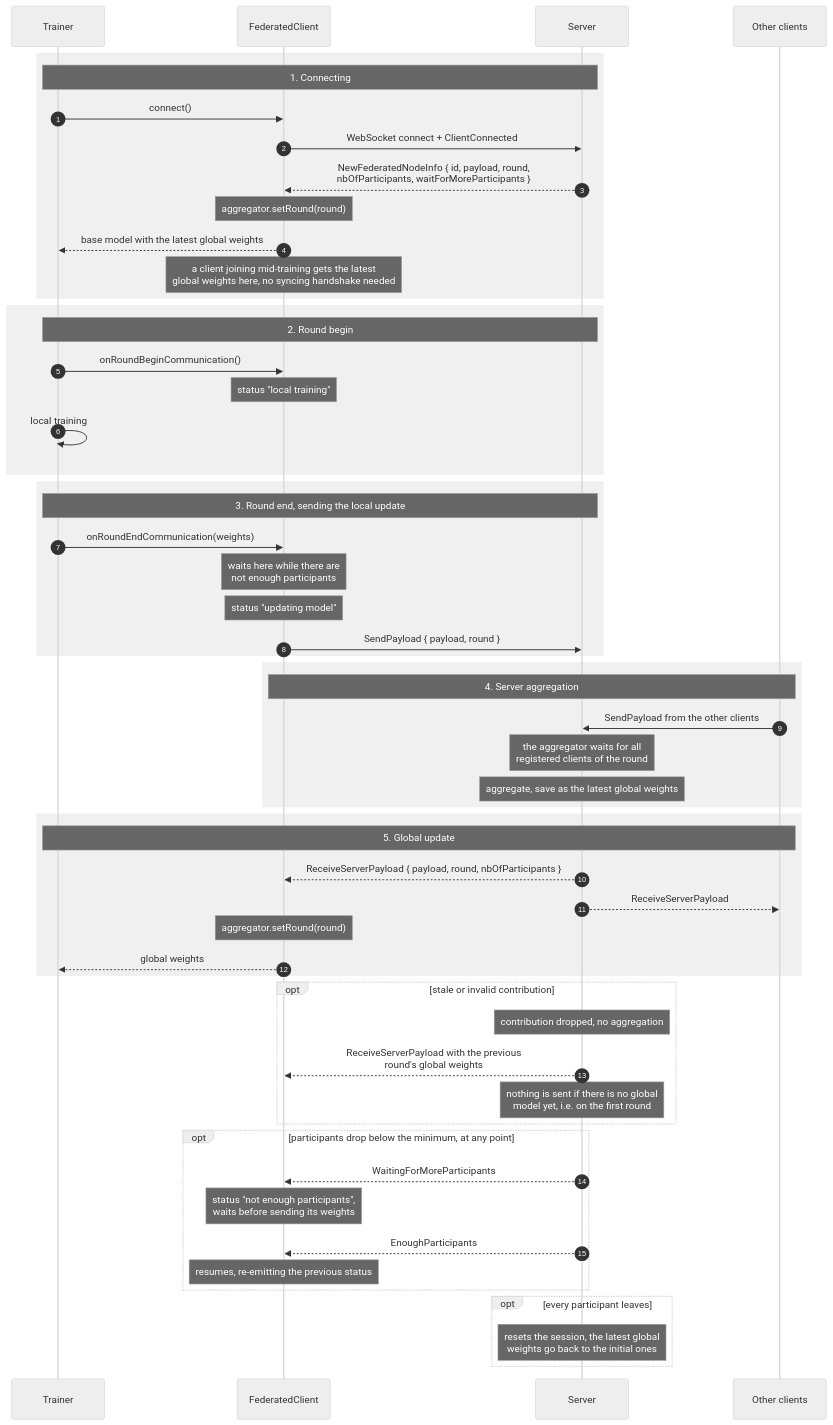
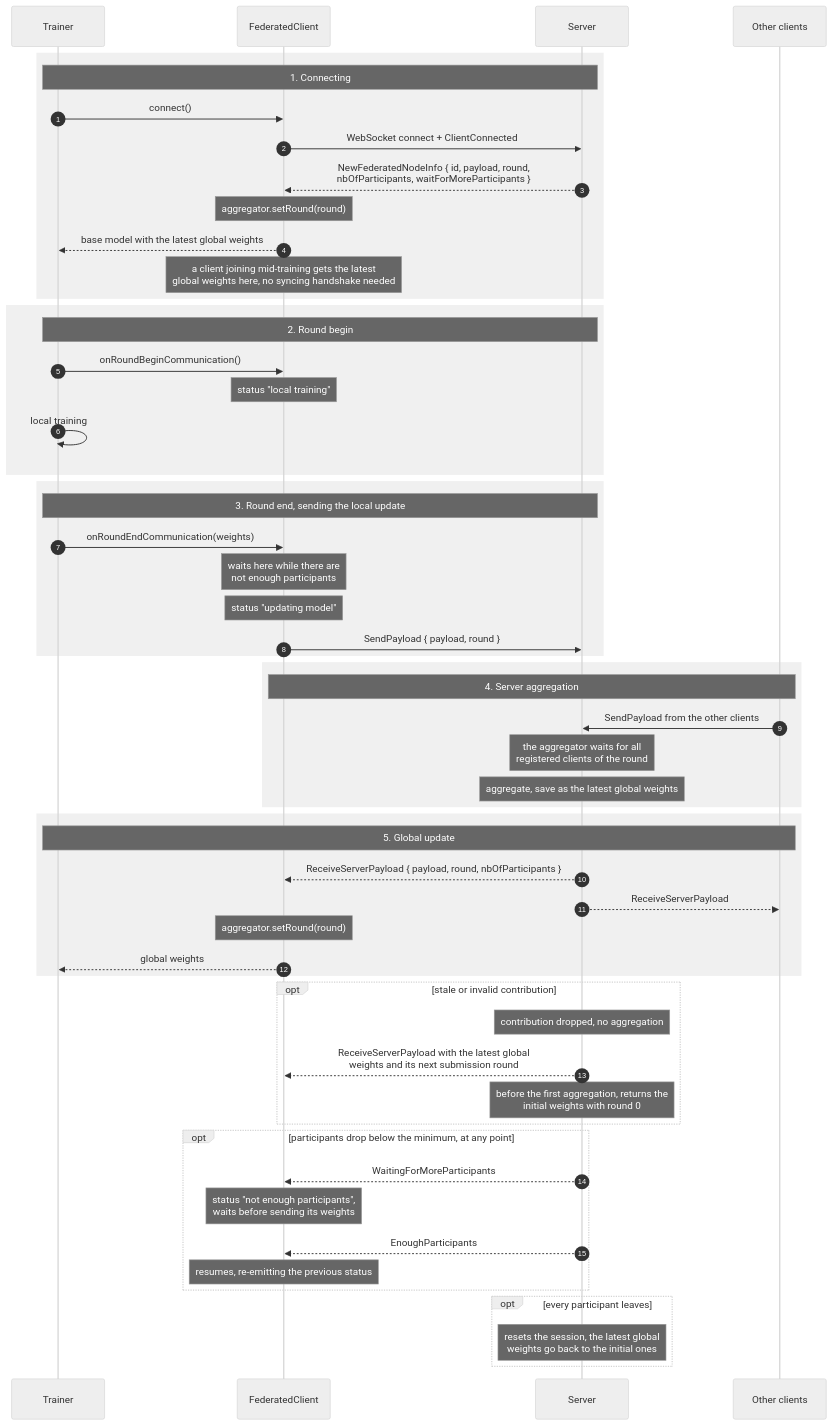
The diagram in docs/FEDERATED.md (epfml/disco), drawn with Mermaid (neutral theme) before and after one commit. The commit also changed other lines of this file and 1 other file, not shown here.

Commit message:
docs: define first-round federated recovery

````diff
--- a/docs/FEDERATED.md
+++ b/docs/FEDERATED.md
@@ -27,65 +29,65 @@
 ```mermaid
 sequenceDiagram
     autonumber
     participant T as Trainer
     participant C as FederatedClient
     participant S as Server
     participant O as Other clients
 
     rect rgb(240,240,240)
         Note over T,S: 1. Connecting
         T->>C: connect()
         C->>S: WebSocket connect + ClientConnected
         S-->>C: NewFederatedNodeInfo { id, payload, round,<br/>nbOfParticipants, waitForMoreParticipants }
         Note over C: aggregator.setRound(round)
         C-->>T: base model with the latest global weights
         Note over C: a client joining mid-training gets the latest<br/>global weights here, no syncing handshake needed
     end
 
     rect rgb(240,240,240)
         Note over T,S: 2. Round begin
         T->>C: onRoundBeginCommunication()
         Note over C: status "local training"
         T->>T: local training
     end
 
     rect rgb(240,240,240)
         Note over T,S: 3. Round end, sending the local update
         T->>C: onRoundEndCommunication(weights)
         Note over C: waits here while there are<br/>not enough participants
         Note over C: status "updating model"
         C->>S: SendPayload { payload, round }
     end
 
     rect rgb(240,240,240)
         Note over C,O: 4. Server aggregation
         O->>S: SendPayload from the other clients
         Note over S: the aggregator waits for all<br/>registered clients of the round
         Note over S: aggregate, save as the latest global weights
     end
 
     rect rgb(240,240,240)
         Note over T,O: 5. Global update
         S-->>C: ReceiveServerPayload { payload, round, nbOfParticipants }
         S-->>O: ReceiveServerPayload
         Note over C: aggregator.setRound(round)
         C-->>T: global weights
     end
 
     opt stale or invalid contribution
         Note over S: contribution dropped, no aggregation
-        S-->>C: ReceiveServerPayload with the previous<br/>round's global weights
-        Note over S: nothing is sent if there is no global<br/>model yet, i.e. on the first round
+        S-->>C: ReceiveServerPayload with the latest global<br/>weights and its next submission round
+        Note over S: before the first aggregation, returns the<br/>initial weights with round 0
     end
 
     opt participants drop below the minimum, at any point
         S-->>C: WaitingForMoreParticipants
         Note over C: status "not enough participants",<br/>waits before sending its weights
         S-->>C: EnoughParticipants
         Note over C: resumes, re-emitting the previous status
     end
 
     opt every participant leaves
         Note over S: resets the session, the latest global<br/>weights go back to the initial ones
     end
 ```
````
